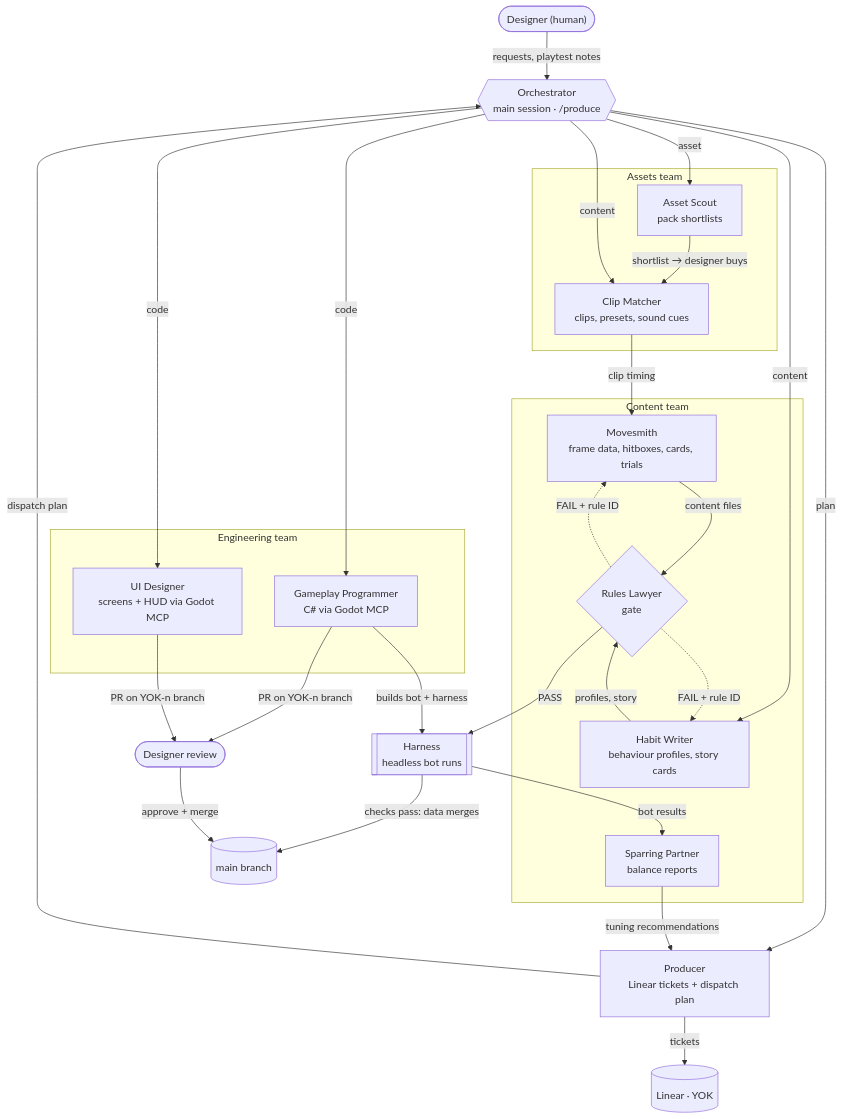
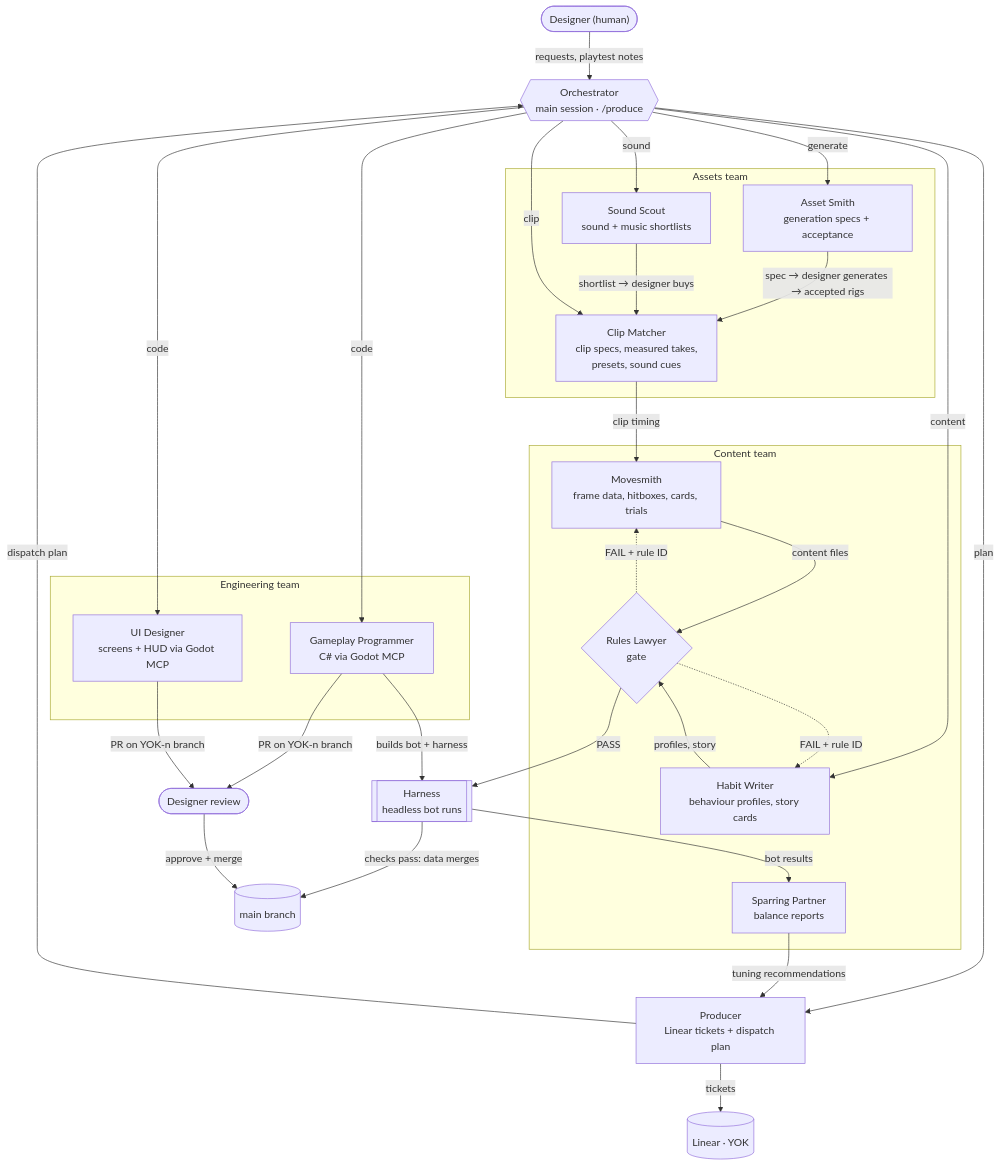
The diagram in README.md (Andreas203/yokai-fighters), drawn with Mermaid before and after one commit. The commit also changed other lines of this file and 23 other files, not shown here.

First line of the commit message:
YOK-generated-assets: generate visuals with Meshy, keep sound sourced

````diff
--- a/README.md
+++ b/README.md
@@ -59,56 +60,59 @@
 ```mermaid
 flowchart TD
     D(["Designer (human)"])
     O{{"Orchestrator<br/>main session · /produce"}}
     P["Producer<br/>Linear tickets + dispatch plan"]
     L[("Linear · YOK")]
 
     D -- "requests, playtest notes" --> O
     O -- "plan" --> P
     P -- "tickets" --> L
     P -- "dispatch plan" --> O
 
     subgraph ASSETS["Assets team"]
-        AS["Asset Scout<br/>pack shortlists"]
-        CM["Clip Matcher<br/>clips, presets, sound cues"]
+        AS["Asset Smith<br/>generation specs + acceptance"]
+        CM["Clip Matcher<br/>clip specs, measured takes,<br/>presets, sound cues"]
+        SS["Sound Scout<br/>sound + music shortlists"]
     end
 
     subgraph ENG["Engineering team"]
         GP["Gameplay Programmer<br/>C# via Godot MCP"]
         UI["UI Designer<br/>screens + HUD via Godot MCP"]
     end
 
     subgraph CONTENT["Content team"]
         MS["Movesmith<br/>frame data, hitboxes, cards, trials"]
         HW["Habit Writer<br/>behaviour profiles, story cards"]
         RL{"Rules Lawyer<br/>gate"}
         SP["Sparring Partner<br/>balance reports"]
     end
 
     H[["Harness<br/>headless bot runs"]]
     R(["Designer review"])
     M[("main branch")]
 
-    O -- "asset" --> AS
-    AS -- "shortlist → designer buys" --> CM
+    O -- "generate" --> AS
+    AS -- "spec → designer generates → accepted rigs" --> CM
+    O -- "sound" --> SS
+    SS -- "shortlist → designer buys" --> CM
 
-    O -- "content" --> CM
+    O -- "clip" --> CM
     CM -- "clip timing" --> MS
     O -- "content" --> HW
     MS -- "content files" --> RL
     HW -- "profiles, story" --> RL
     RL -. "FAIL + rule ID" .-> MS
     RL -. "FAIL + rule ID" .-> HW
     RL -- "PASS" --> H
     H -- "checks pass: data merges" --> M
 
     O -- "code" --> GP
     O -- "code" --> UI
     GP -- "builds bot + harness" --> H
     GP -- "PR on YOK-n branch" --> R
     UI -- "PR on YOK-n branch" --> R
     R -- "approve + merge" --> M
 
     H -- "bot results" --> SP
     SP -- "tuning recommendations" --> P
 ```
````
